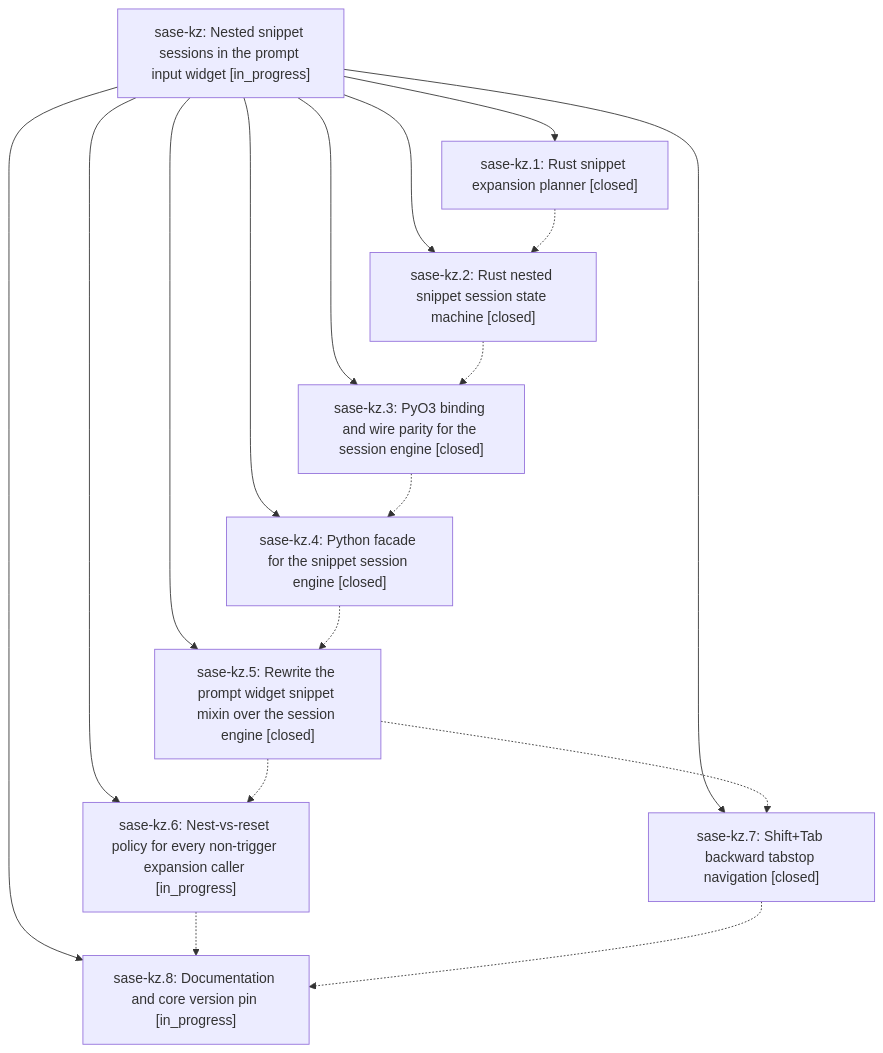
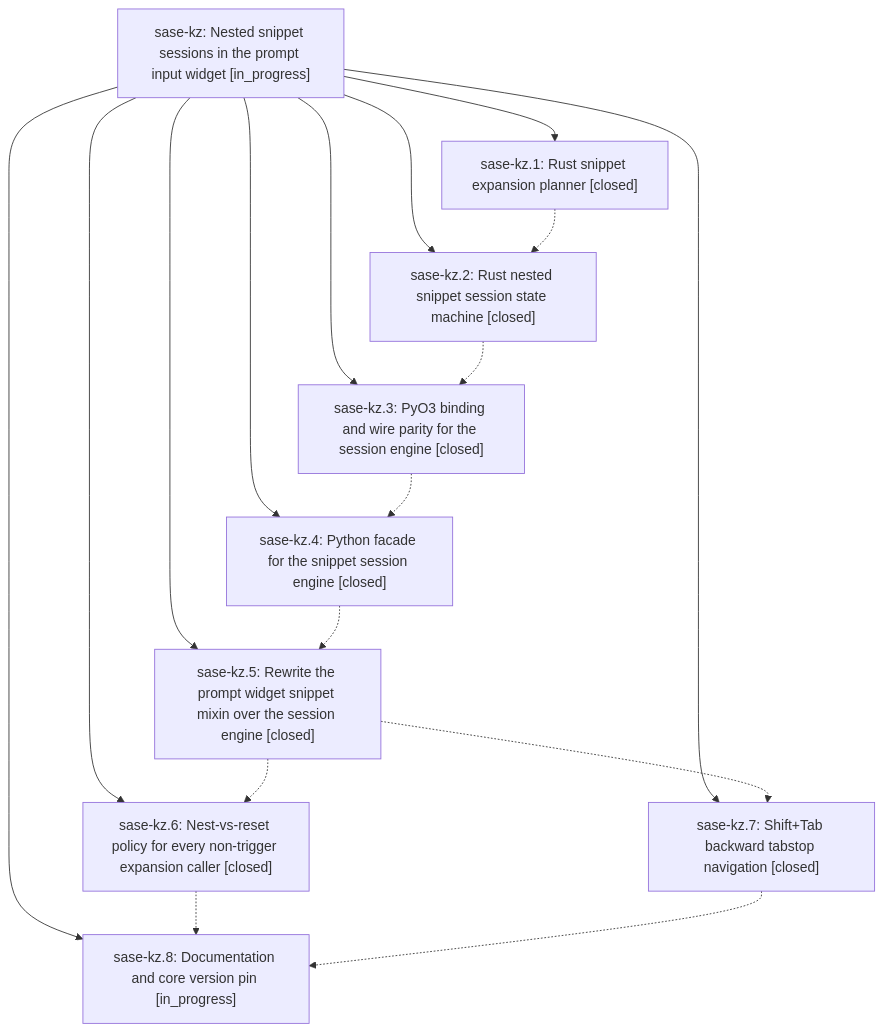
The diagram in pages/sase-kz/README.md (sase-org/sase--beads), drawn with Mermaid before and after one commit. The commit also changed other lines of this file and 3 other files, not shown here.

````diff
--- a/pages/sase-kz/README.md
+++ b/pages/sase-kz/README.md
@@ -37,28 +37,28 @@
 ```mermaid
 flowchart TD
     n0["sase-kz: Nested snippet sessions in the prompt input widget [in_progress]"]
     n1["sase-kz.1: Rust snippet expansion planner [closed]"]
     n2["sase-kz.2: Rust nested snippet session state machine [closed]"]
     n3["sase-kz.3: PyO3 binding and wire parity for the session engine [closed]"]
     n4["sase-kz.4: Python facade for the snippet session engine [closed]"]
     n5["sase-kz.5: Rewrite the prompt widget snippet mixin over the session engine [closed]"]
-    n6["sase-kz.6: Nest-vs-reset policy for every non-trigger expansion caller [in_progress]"]
+    n6["sase-kz.6: Nest-vs-reset policy for every non-trigger expansion caller [closed]"]
     n7["sase-kz.7: Shift+Tab backward tabstop navigation [closed]"]
     n8["sase-kz.8: Documentation and core version pin [in_progress]"]
     n0 --> n1
     n0 --> n2
     n0 --> n3
     n0 --> n4
     n0 --> n5
     n0 --> n6
     n0 --> n7
     n0 --> n8
     n1 -.-> n2
     n2 -.-> n3
     n3 -.-> n4
     n4 -.-> n5
     n5 -.-> n6
     n5 -.-> n7
     n6 -.-> n8
     n7 -.-> n8
 ```
````
